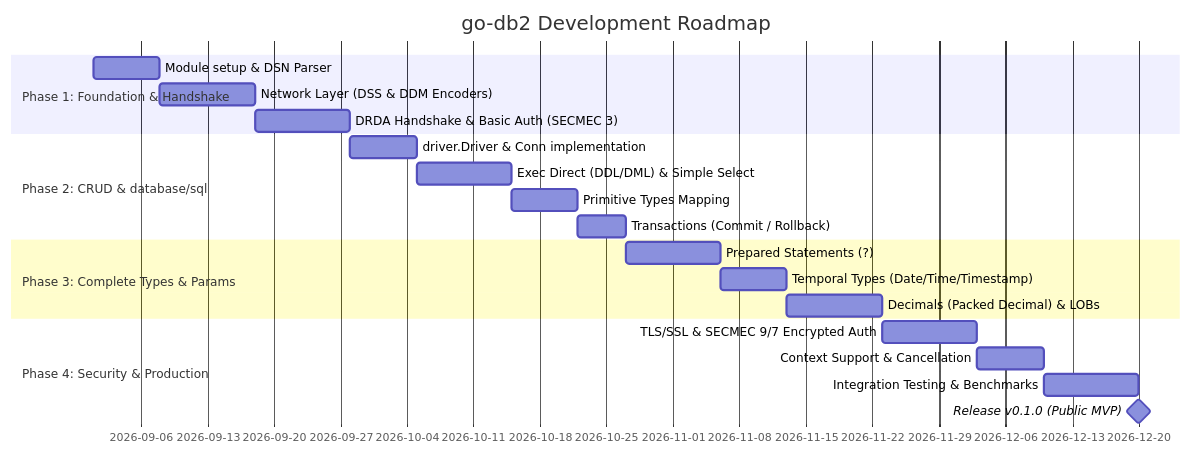
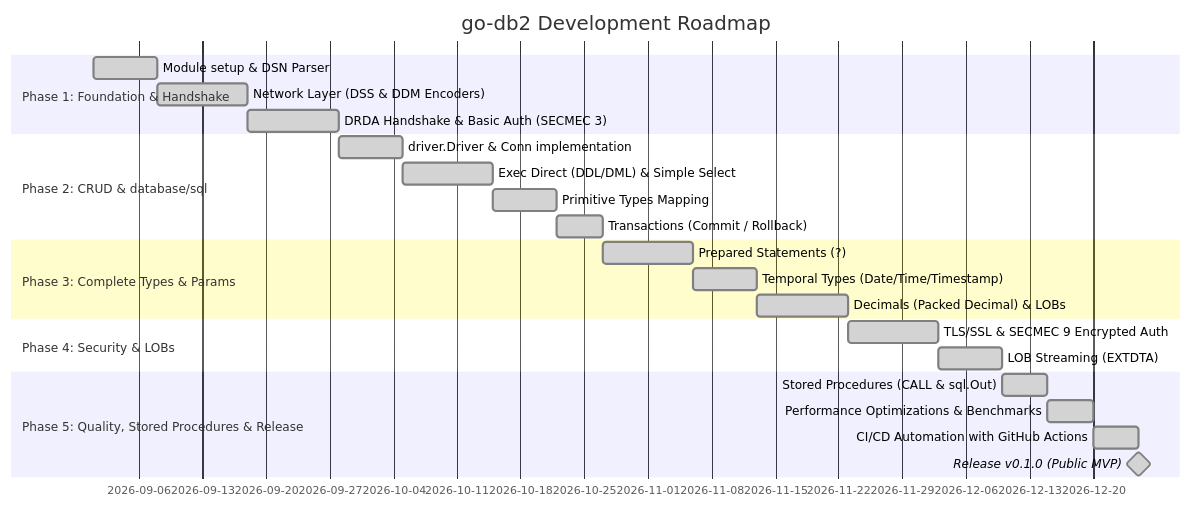
One commit to go-db2/go-db2 changed the diagram in PROJECT_PLAN.md. Above: the diagram before and after it, drawn with Mermaid. The commit also changed other lines of this file and 12 other files, not shown here.

Commit message:
feat: implement stored procedure support with sql.Out parameters and add CI/CD pipeline automation

````diff
--- a/PROJECT_PLAN.md
+++ b/PROJECT_PLAN.md
@@ -163,23 +164,26 @@
 ```mermaid
 gantt
     title go-db2 Development Roadmap
     dateFormat  YYYY-MM-DD
     section Phase 1: Foundation & Handshake
-    Module setup & DSN Parser                :f1_1, 2026-09-01, 7d
-    Network Layer (DSS & DDM Encoders)       :f1_2, after f1_1, 10d
-    DRDA Handshake & Basic Auth (SECMEC 3)   :f1_3, after f1_2, 10d
+    Module setup & DSN Parser                :done, f1_1, 2026-09-01, 7d
+    Network Layer (DSS & DDM Encoders)       :done, f1_2, after f1_1, 10d
+    DRDA Handshake & Basic Auth (SECMEC 3)   :done, f1_3, after f1_2, 10d
     section Phase 2: CRUD & database/sql
-    driver.Driver & Conn implementation      :f2_1, after f1_3, 7d
-    Exec Direct (DDL/DML) & Simple Select    :f2_2, after f2_1, 10d
-    Primitive Types Mapping                  :f2_3, after f2_2, 7d
-    Transactions (Commit / Rollback)         :f2_4, after f2_3, 5d
+    driver.Driver & Conn implementation      :done, f2_1, after f1_3, 7d
+    Exec Direct (DDL/DML) & Simple Select    :done, f2_2, after f2_1, 10d
+    Primitive Types Mapping                  :done, f2_3, after f2_2, 7d
+    Transactions (Commit / Rollback)         :done, f2_4, after f2_3, 5d
     section Phase 3: Complete Types & Params
-    Prepared Statements (?)                  :f3_1, after f2_4, 10d
-    Temporal Types (Date/Time/Timestamp)     :f3_2, after f3_1, 7d
-    Decimals (Packed Decimal) & LOBs         :f3_3, after f3_2, 10d
-    section Phase 4: Security & Production
-    TLS/SSL & SECMEC 9/7 Encrypted Auth      :f4_1, after f3_3, 10d
-    Context Support & Cancellation           :f4_2, after f4_1, 7d
-    Integration Testing & Benchmarks         :f4_3, after f4_2, 10d
-    Release v0.1.0 (Public MVP)              :milestone, after f4_3, 0d
+    Prepared Statements (?)                  :done, f3_1, after f2_4, 10d
+    Temporal Types (Date/Time/Timestamp)     :done, f3_2, after f3_1, 7d
+    Decimals (Packed Decimal) & LOBs         :done, f3_3, after f3_2, 10d
+    section Phase 4: Security & LOBs
+    TLS/SSL & SECMEC 9 Encrypted Auth        :done, f4_1, after f3_3, 10d
+    LOB Streaming (EXTDTA)                   :done, f4_2, after f4_1, 7d
+    section Phase 5: Quality, Stored Procedures & Release
+    Stored Procedures (CALL & sql.Out)       :done, f5_1, after f4_2, 5d
+    Performance Optimizations & Benchmarks   :done, f5_2, after f5_1, 5d
+    CI/CD Automation with GitHub Actions     :done, f5_3, after f5_2, 5d
+    Release v0.1.0 (Public MVP)              :done, milestone, after f5_3, 0d
 ```
````
